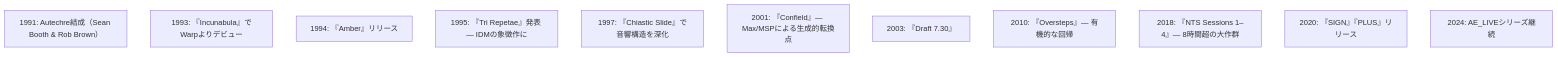
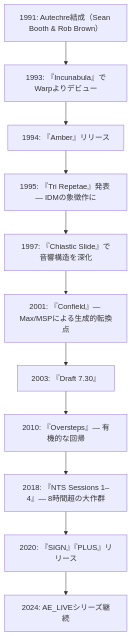
The diagram in _posts/2025-10-09-Colum-Autechre.md (monumental-movement/monumental-movement.github.io), drawn with Mermaid before and after one commit.

```diff
--- a/_posts/2025-10-09-Colum-Autechre.md
+++ b/_posts/2025-10-09-Colum-Autechre.md
@@ -144,16 +144,18 @@
 <div class="mermaid">
 
 flowchart TD
     A1991["1991: Autechre結成（Sean Booth & Rob Brown）"]
     A1993["1993: 『Incunabula』でWarpよりデビュー"]
     A1994["1994: 『Amber』リリース"]
     A1995["1995: 『Tri Repetae』発表 — IDMの象徴作に"]
     A1997["1997: 『Chiastic Slide』で音響構造を深化"]
     A2001["2001: 『Confield』— Max/MSPによる生成的転換点"]
     A2003["2003: 『Draft 7.30』"]
     A2010["2010: 『Oversteps』— 有機的な回帰"]
     A2018["2018: 『NTS Sessions 1–4』— 8時間超の大作群"]
     A2020["2020: 『SIGN』『PLUS』リリース"]
     A2024["2024: AE_LIVEシリーズ継続"]
 
+    A1991 --> A1993 --> A1994 --> A1995 --> A1997 --> A2001 --> A2003 --> A2010 --> A2018 --> A2020 --> A2024
+
 </div>
```
